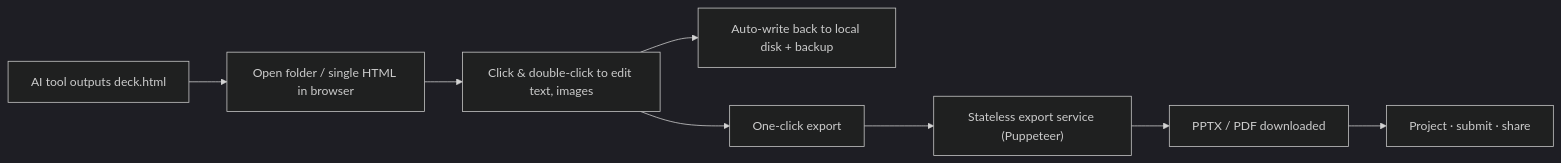
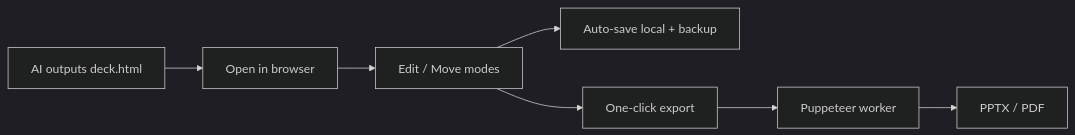
The diagram in README.md (Trade-Offf/NextPPT), drawn with Mermaid (dark theme) before and after one commit. The commit also changed other lines of this file and 13 other files, not shown here.

````diff
--- a/README.md
+++ b/README.md
@@ -64,10 +62,9 @@
 ```mermaid
 flowchart LR
-  ai["AI tool outputs deck.html"] --> open["Open folder / single HTML in browser"]
-  open --> edit["Click & double-click to edit text, images"]
-  edit --> save["Auto-write back to local disk + backup"]
+  ai["AI outputs deck.html"] --> open["Open in browser"]
+  open --> edit["Edit / Move modes"]
+  edit --> save["Auto-save local + backup"]
   edit --> export["One-click export"]
-  export --> svc["Stateless export service (Puppeteer)"]
-  svc --> file["PPTX / PDF downloaded"]
-  file --> done["Project · submit · share"]
+  export --> svc["Puppeteer worker"]
+  svc --> file["PPTX / PDF"]
 ```
````
